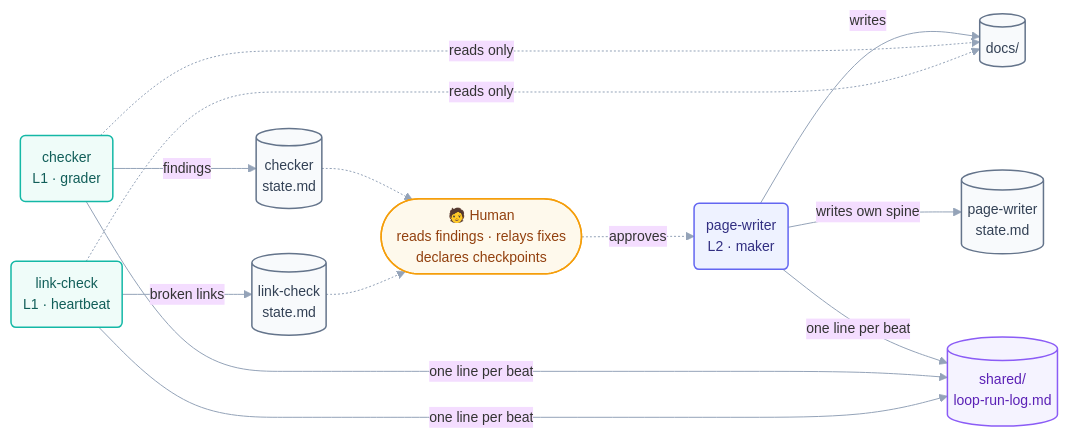
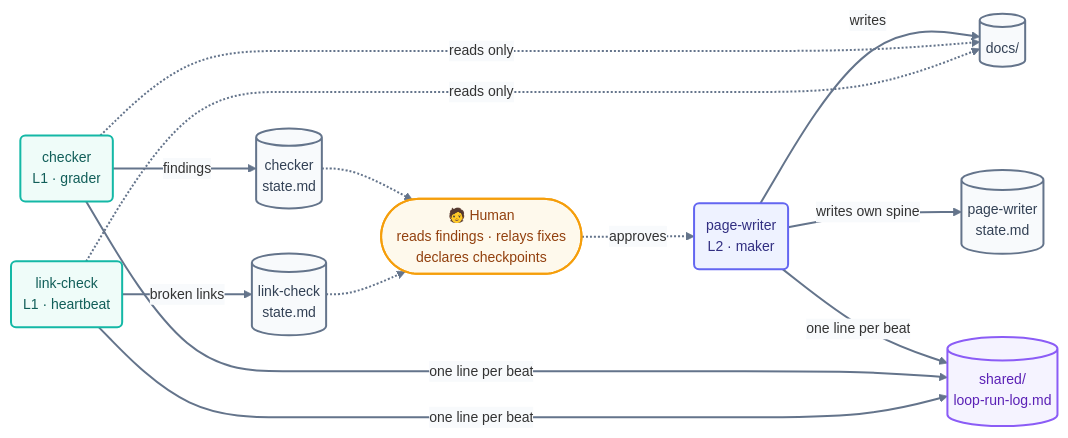
Before and after one commit to ayeshakhalid192007-dev/LoopEngineering-CrashCourse: the diagram in LOOP.md, drawn with Mermaid. The commit also changed 66 other files, not shown here.

First line of the commit message:
docs(diagrams): bolden and unify all 70 mermaid diagrams

````diff
--- a/LOOP.md
+++ b/LOOP.md
@@ -27,20 +27,21 @@
 ```mermaid
-%%{init: {'theme':'base','themeVariables':{'fontFamily':'ui-sans-serif, system-ui, sans-serif','fontSize':'14px','lineColor':'#94a3b8'},'flowchart':{'curve':'basis','nodeSpacing':45,'rankSpacing':55,'padding':12}}}%%
+%%{init: {'theme':'base','themeVariables':{'fontFamily':'ui-sans-serif, system-ui, sans-serif','fontSize':'14px','lineColor':'#64748b','edgeLabelBackground':'#f8fafc'},'flowchart':{'curve':'basis','nodeSpacing':45,'rankSpacing':55,'padding':12}}}%%
 flowchart LR
     PW("page-writer<br/>L2 · maker"):::maker -->|writes| DOCS[("docs/")]:::file
     PW -->|writes own spine| PWS[("page-writer<br/>state.md")]:::file
     CK("checker<br/>L1 · grader"):::check -.->|reads only| DOCS
     CK -->|findings| CKS[("checker<br/>state.md")]:::file
     LC("link-check<br/>L1 · heartbeat"):::check -.->|reads only| DOCS
     LC -->|broken links| LCS[("link-check<br/>state.md")]:::file
     PW & CK & LC -->|one line per beat| LOG[("shared/<br/>loop-run-log.md")]:::log
     H(["🧑 Human<br/>reads findings · relays fixes<br/>declares checkpoints"]):::human
     CKS -.-> H
     LCS -.-> H
     H -.->|approves| PW
-    classDef maker fill:#eef2ff,stroke:#6366f1,stroke-width:1.5px,color:#312e81;
-    classDef check fill:#effcf9,stroke:#14b8a6,stroke-width:1.5px,color:#115e59;
-    classDef file fill:#f8fafc,stroke:#64748b,stroke-width:1.5px,color:#334155;
-    classDef log fill:#f5f3ff,stroke:#8b5cf6,stroke-width:1.5px,color:#5b21b6;
-    classDef human fill:#fef9ec,stroke:#f59e0b,stroke-width:1.5px,color:#92400e;
+    linkStyle default stroke:#64748b,stroke-width:2px;
+    classDef maker fill:#eef2ff,stroke:#6366f1,stroke-width:2px,color:#312e81;
+    classDef check fill:#effcf9,stroke:#14b8a6,stroke-width:2px,color:#115e59;
+    classDef file fill:#f8fafc,stroke:#64748b,stroke-width:2px,color:#334155;
+    classDef log fill:#f5f3ff,stroke:#8b5cf6,stroke-width:2px,color:#5b21b6;
+    classDef human fill:#fef9ec,stroke:#f59e0b,stroke-width:2px,color:#92400e;
 ```
````
